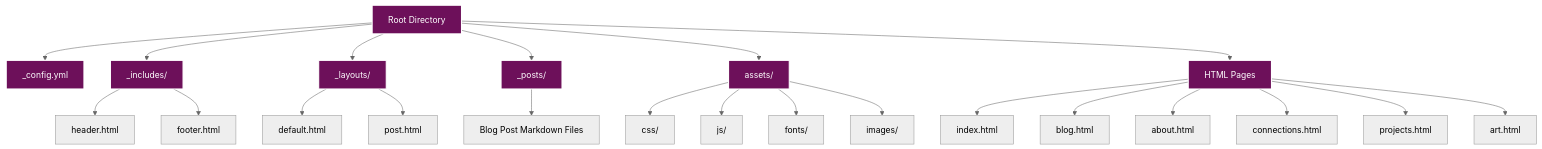
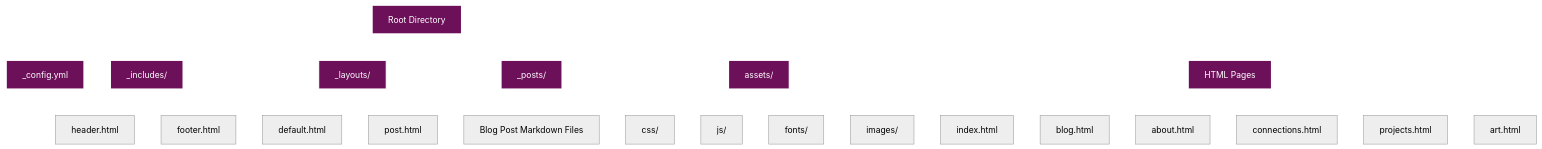
The second of 7 diagrams in MIGRATION_DOCUMENTATION.md (radicalkjax/blog), drawn with Mermaid (neutral theme) before and after one commit. The commit also changed other lines of this file, not shown here.

````diff
--- a/MIGRATION_DOCUMENTATION.md
+++ b/MIGRATION_DOCUMENTATION.md
@@ -25,37 +30,39 @@
 ```mermaid
 graph TD
     A[Root Directory] --> B[_config.yml]
     A --> C[_includes/]
     A --> D[_layouts/]
     A --> E[_posts/]
     A --> F[assets/]
     A --> G[HTML Pages]
     
     C --> C1[header.html]
     C --> C2[footer.html]
     
     D --> D1[default.html]
     D --> D2[post.html]
     
     E --> E1[Blog Post Markdown Files]
     
     F --> F1[css/]
     F --> F2[js/]
     F --> F3[fonts/]
     F --> F4[images/]
     
     G --> G1[index.html]
     G --> G2[blog.html]
     G --> G3[about.html]
     G --> G4[connections.html]
     G --> G5[projects.html]
     G --> G6[art.html]
     
     style A fill:#6d105a,stroke:#fff,stroke-width:2px,color:#fff
     style B fill:#6d105a,stroke:#fff,stroke-width:2px,color:#fff
     style C fill:#6d105a,stroke:#fff,stroke-width:2px,color:#fff
     style D fill:#6d105a,stroke:#fff,stroke-width:2px,color:#fff
     style E fill:#6d105a,stroke:#fff,stroke-width:2px,color:#fff
     style F fill:#6d105a,stroke:#fff,stroke-width:2px,color:#fff
     style G fill:#6d105a,stroke:#fff,stroke-width:2px,color:#fff
+    
+    linkStyle 0,1,2,3,4,5,6,7,8,9,10,11,12,13,14,15,16,17,18,19,20 stroke:#fff,stroke-width:2px;
 ```
````
